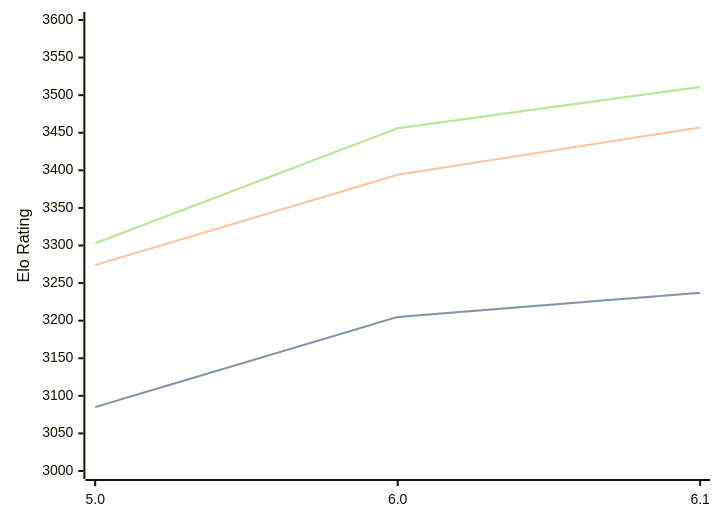
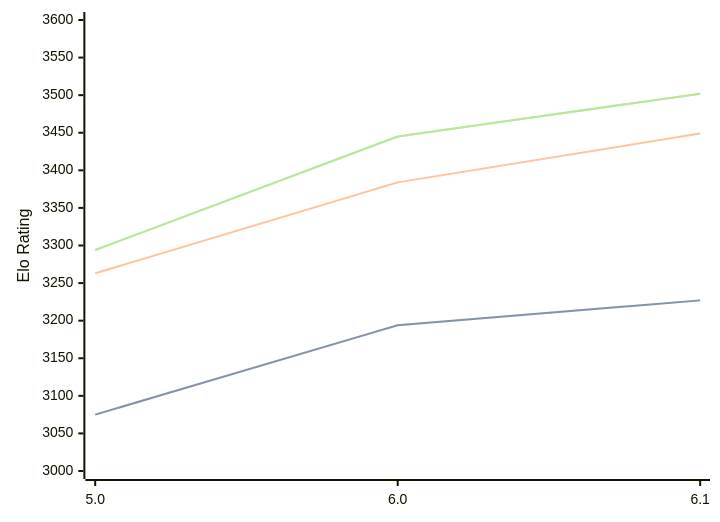
The diagram in engines/PZChessBot.md (computer-chess-index/cci), drawn with Mermaid before and after one commit. The commit also changed other lines of this file, not shown here.

Commit message:
Update CCI Ratings (ELO VLTC) - 2026-03-19

````diff
--- a/engines/PZChessBot.md
+++ b/engines/PZChessBot.md
@@ -40,11 +40,11 @@
 ```mermaid
 %%{init: {"theme":"base","themeVariables":{"seriesColors:['#a3a3a3','#222221','#faa371']}}}%%
 xychart-beta
   x-axis ["5.0", "6.0", "6.1"]
   y-axis "Elo Rating" 3000 --> 3600
-  line "STC (8.0+0.08s)" [3085, 3205, 3237]
-  line "STC (8.0+0.08s)" [3085, 3205, 3237]
-  line "LTC (60.0+0.60s)" [3274, 3394, 3457]
-  line "VLTC (2m24s+1.12s)" [3303, 3456, 3511]
-  line "VLTC (2m24s+1.12s)" [3303, 3456, 3511]
+  line "STC (8.0+0.08s)" [3075, 3194, 3227]
+  line "STC (8.0+0.08s)" [3075, 3194, 3227]
+  line "LTC (60.0+0.60s)" [3263, 3384, 3449]
+  line "VLTC (2m24s+1.12s)" [3294, 3445, 3502]
+  line "VLTC (2m24s+1.12s)" [3294, 3445, 3502]
 ```
````
